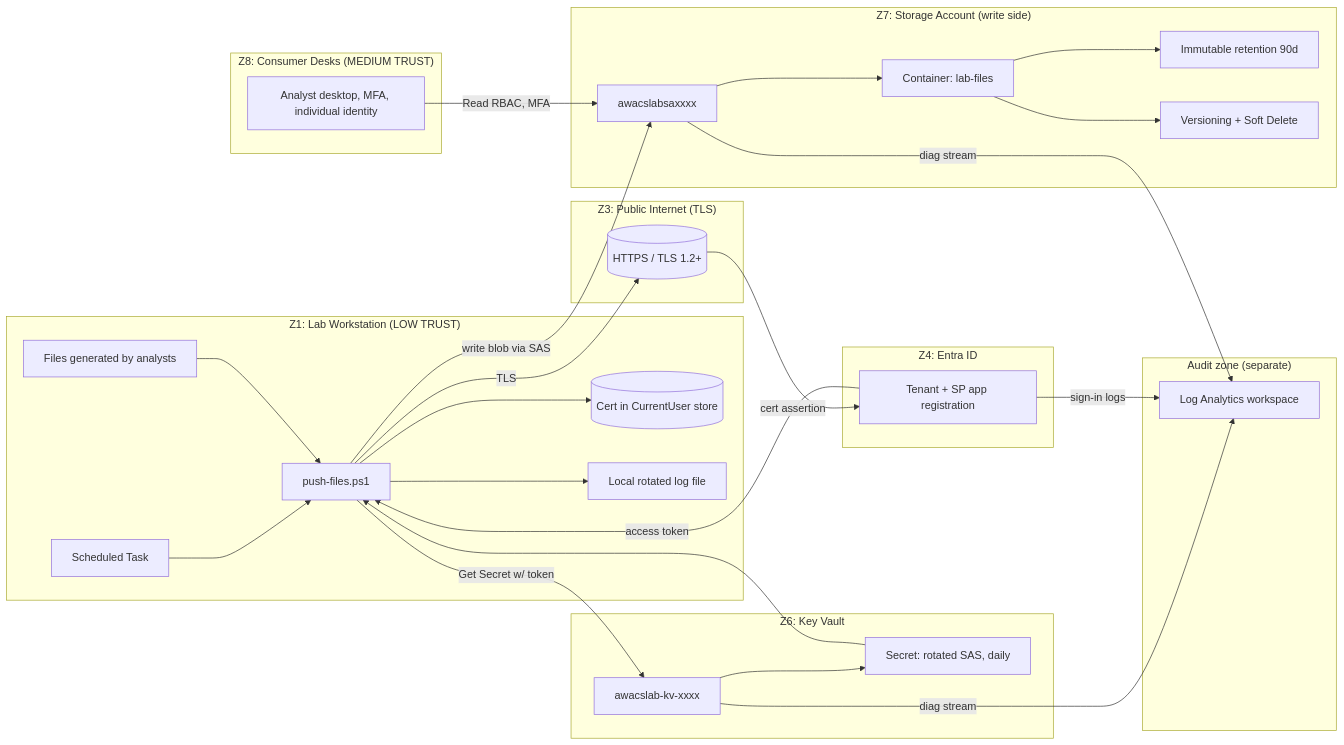
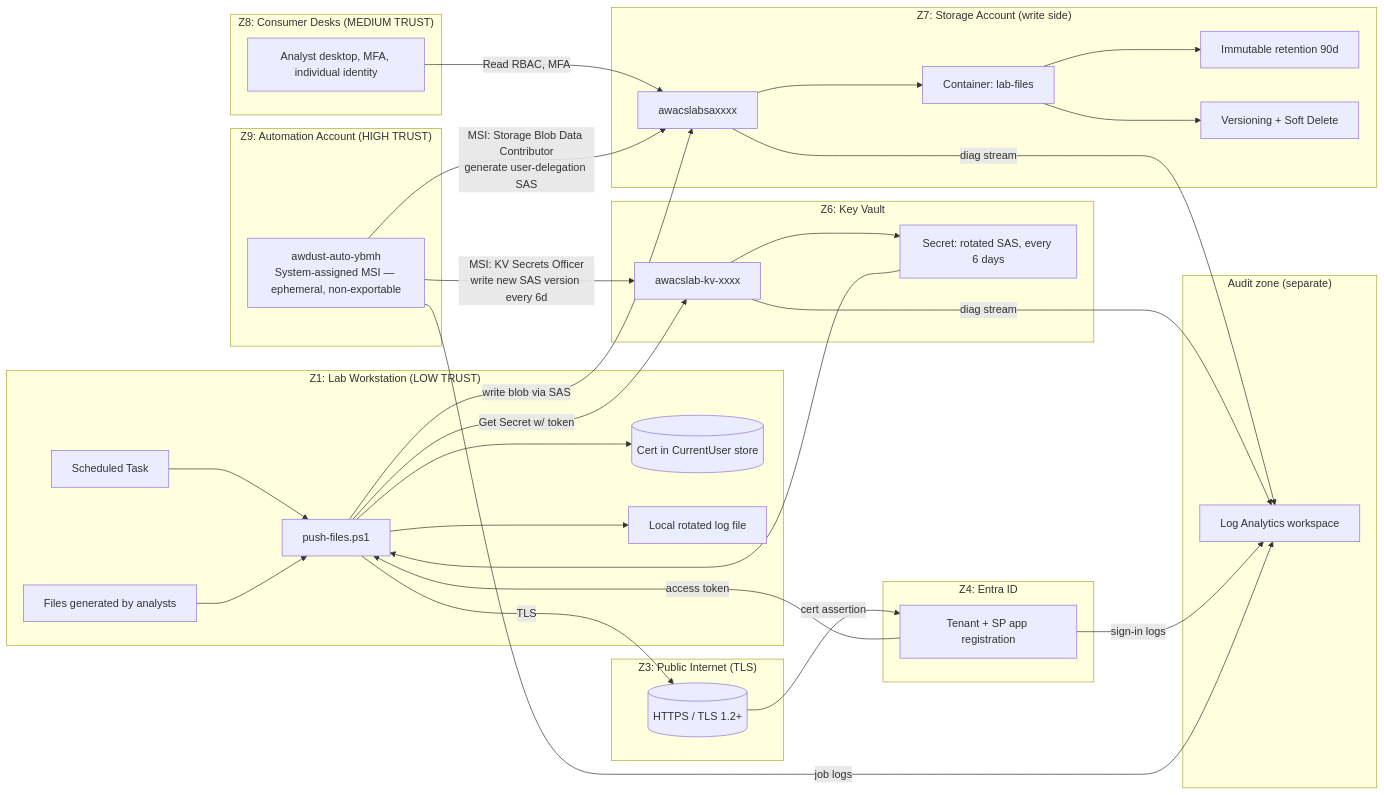
Before and after one commit to Dwink213/awacs-secure-data-consolidation-lab-workstations: the diagram in architecture/system-diagram.md, drawn with Mermaid. The commit also changed other lines of this file and 10 other files, not shown here.

````diff
--- a/architecture/system-diagram.md
+++ b/architecture/system-diagram.md
@@ -5,57 +5,64 @@
 ```mermaid
 flowchart LR
   subgraph Z1["Z1: Lab Workstation (LOW TRUST)"]
     A[Files generated by analysts]
     B[Scheduled Task]
     C[push-files.ps1]
     D[(Cert in CurrentUser store)]
     E[Local rotated log file]
     B --> C
     C --> D
     C --> E
     A --> C
   end
 
   subgraph Z3["Z3: Public Internet (TLS)"]
     NET[(HTTPS / TLS 1.2+)]
   end
 
   subgraph Z4["Z4: Entra ID"]
     AAD[Tenant + SP app registration]
   end
 
   subgraph Z6["Z6: Key Vault"]
     KV[awacslab-kv-xxxx]
-    SAS[Secret: rotated SAS, daily]
+    SAS[Secret: rotated SAS, every 6 days]
   end
 
   subgraph Z7["Z7: Storage Account (write side)"]
     SA[awacslabsaxxxx]
     CT[Container: lab-files]
     IMM[Immutable retention 90d]
     VER[Versioning + Soft Delete]
     SA --> CT
     CT --> IMM
     CT --> VER
   end
 
   subgraph LOG["Audit zone (separate)"]
     LA[Log Analytics workspace]
   end
 
   subgraph Z8["Z8: Consumer Desks (MEDIUM TRUST)"]
     USER[Analyst desktop, MFA, individual identity]
   end
 
+  subgraph Z9["Z9: Automation Account (HIGH TRUST)"]
+    AUTO[awdust-auto-ybmh\nSystem-assigned MSI — ephemeral, non-exportable]
+  end
+
   C -->|TLS| NET
   NET -->|cert assertion| AAD
   AAD -->|access token| C
   C -->|Get Secret w/ token| KV
   KV --> SAS
   SAS --> C
   C -->|write blob via SAS| SA
   SA -->|diag stream| LA
   KV -->|diag stream| LA
   AAD -->|sign-in logs| LA
   USER -->|Read RBAC, MFA| SA
+  AUTO -->|MSI: KV Secrets Officer\nwrite new SAS version every 6d| KV
+  AUTO -->|MSI: Storage Blob Data Contributor\ngenerate user-delegation SAS| SA
+  AUTO -->|job logs| LA
 ```
````
